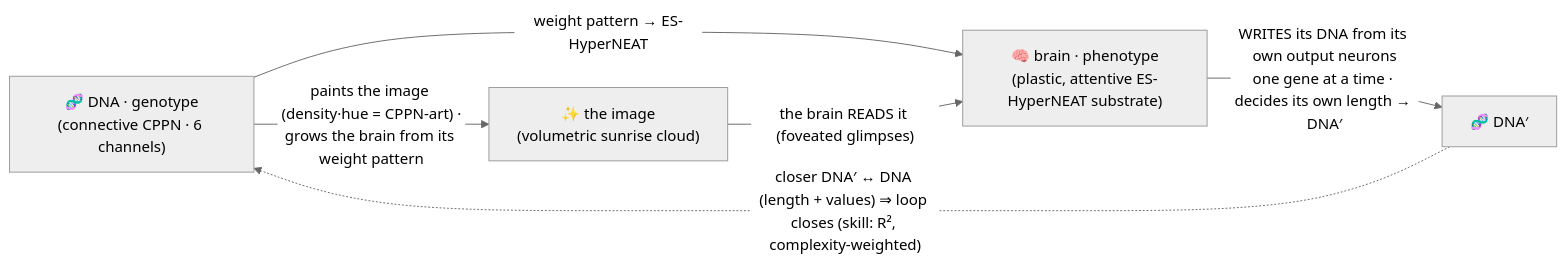
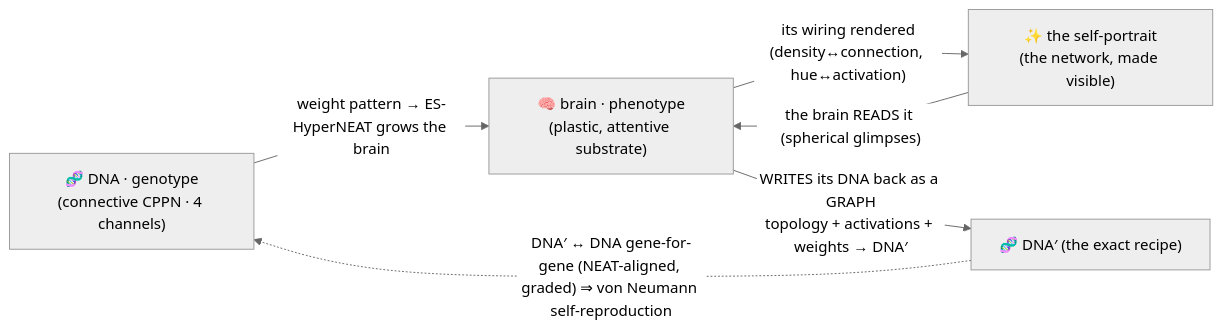
Before and after one commit to admiralakber/autograph: the diagram in README.md, drawn with Mermaid (neutral theme). The commit also changed other lines of this file, not shown here.

First line of the commit message:
docs(v10): reconcile README to the structural self-write

````diff
--- a/README.md
+++ b/README.md
@@ -57,8 +57,8 @@
 ```mermaid
 flowchart LR
-  DNA["🧬 DNA · genotype<br/>(connective CPPN · 6 channels)"] -->|"paints the image (density·hue = CPPN-art) ·<br/>grows the brain from its weight pattern"| ART["✨ the image<br/>(volumetric sunrise cloud)"]
-  DNA -->|"weight pattern → ES-HyperNEAT"| PHENO["🧠 brain · phenotype<br/>(plastic, attentive ES-HyperNEAT substrate)"]
-  ART -->|"the brain READS it (foveated glimpses)"| PHENO
-  PHENO -->|"WRITES its DNA from its own output neurons<br/>one gene at a time · decides its own length → DNA′"| DNA2["🧬 DNA′"]
-  DNA2 -. "closer DNA′ ↔ DNA (length + values) ⇒ loop closes (skill: R², complexity-weighted)" .-> DNA
+  DNA["🧬 DNA · genotype<br/>(connective CPPN · 4 channels)"] -->|"weight pattern → ES-HyperNEAT grows the brain"| PHENO["🧠 brain · phenotype<br/>(plastic, attentive substrate)"]
+  PHENO -->|"its wiring rendered<br/>(density↔connection, hue↔activation)"| ART["✨ the self-portrait<br/>(the network, made visible)"]
+  ART -->|"the brain READS it (spherical glimpses)"| PHENO
+  PHENO -->|"WRITES its DNA back as a GRAPH<br/>topology + activations + weights → DNA′"| DNA2["🧬 DNA′ (the exact recipe)"]
+  DNA2 -. "DNA′ ↔ DNA gene-for-gene (NEAT-aligned, graded) ⇒ von Neumann self-reproduction" .-> DNA
 ```
````
